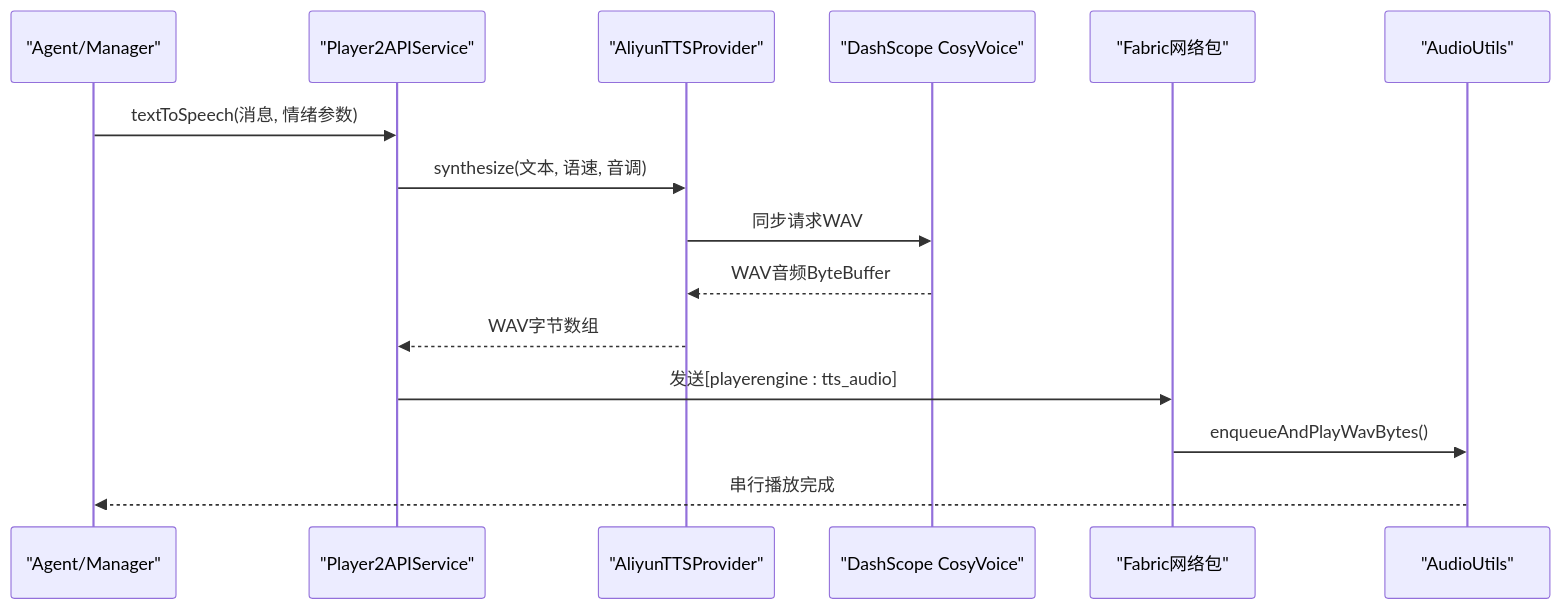
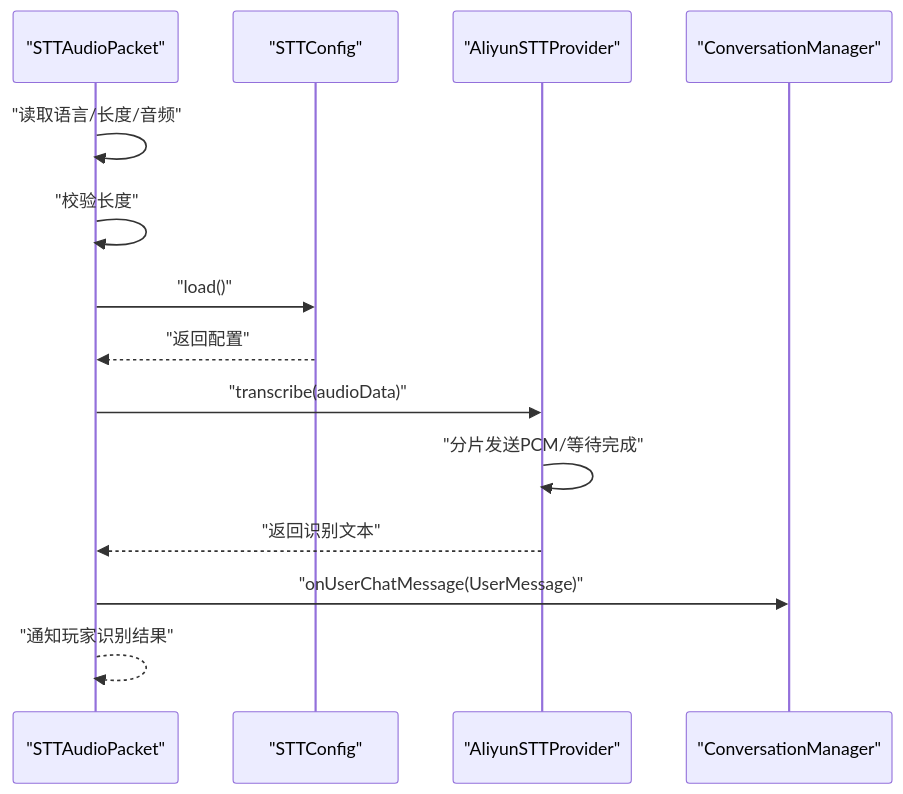
The fourth of 6 diagrams in .qoder/repowiki/zh/content/语音交互系统/语音交互系统.md (wjartpix/minecraft_ai_play2npc), drawn with Mermaid before and after one commit. The commit also changed other lines of this file and 188 other files, not shown here.

````diff
--- a/.qoder/repowiki/zh/content/语音交互系统/语音交互系统.md
+++ b/.qoder/repowiki/zh/content/语音交互系统/语音交互系统.md
@@ -174,17 +194,16 @@
 ```mermaid
 sequenceDiagram
-participant Agent as "Agent/Manager"
-participant P2API as "Player2APIService"
-participant TTS as "AliyunTTSProvider"
-participant COSY as "DashScope CosyVoice"
-participant NET as "Fabric网络包"
-participant AU as "AudioUtils"
-Agent->>P2API : textToSpeech(消息, 情绪参数)
-P2API->>TTS : synthesize(文本, 语速, 音调)
-TTS->>COSY : 同步请求WAV
-COSY-->>TTS : WAV音频ByteBuffer
-TTS-->>P2API : WAV字节数组
-P2API->>NET : 发送[playerengine : tts_audio]
-NET->>AU : enqueueAndPlayWavBytes()
-AU-->>Agent : 串行播放完成
+participant N as "STTAudioPacket"
+participant CFG as "STTConfig"
+participant P as "AliyunSTTProvider"
+participant CM as "ConversationManager"
+N->>N : "读取语言/长度/音频"
+N->>N : "校验长度"
+N->>CFG : "load()"
+CFG-->>N : "返回配置"
+N->>P : "transcribe(audioData)"
+P->>P : "分片发送PCM/等待完成"
+P-->>N : "返回识别文本"
+N->>CM : "onUserChatMessage(UserMessage)"
+N-->>N : "通知玩家识别结果"
 ```
````
